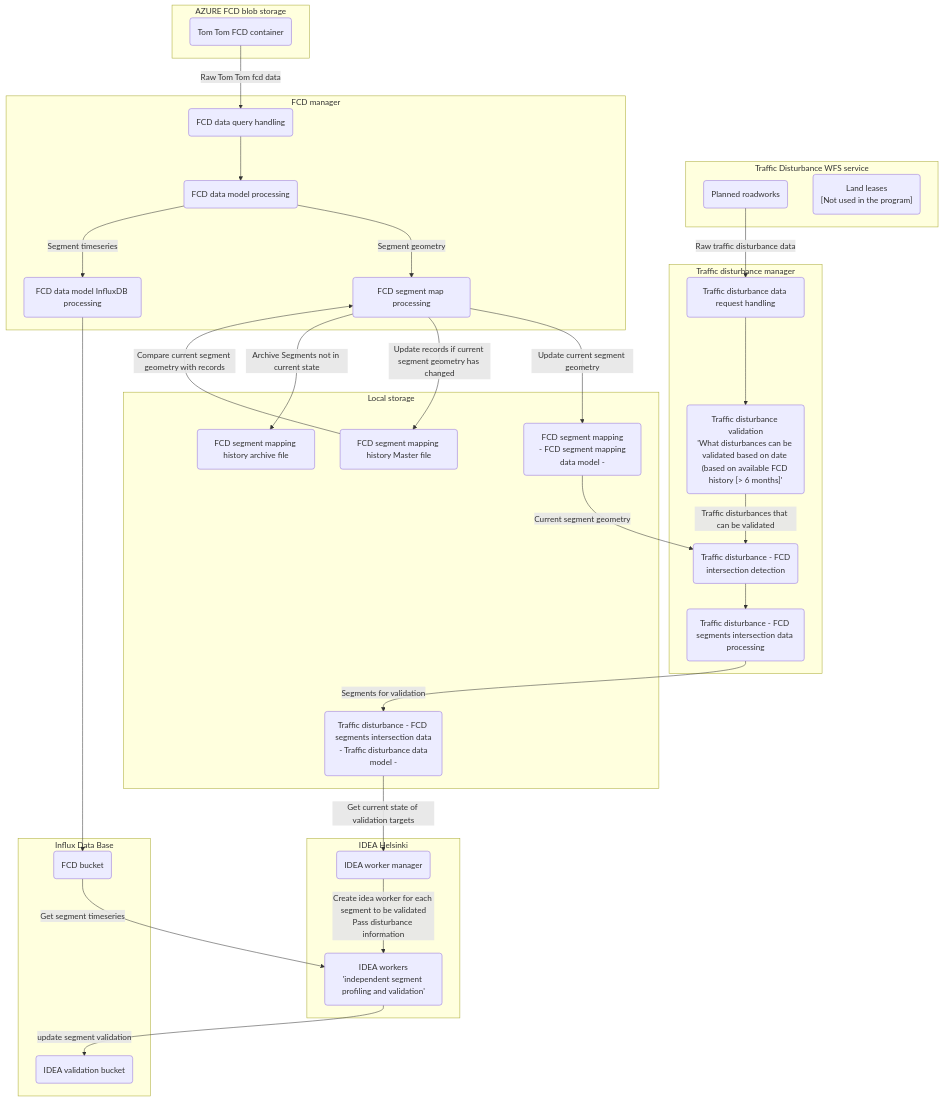
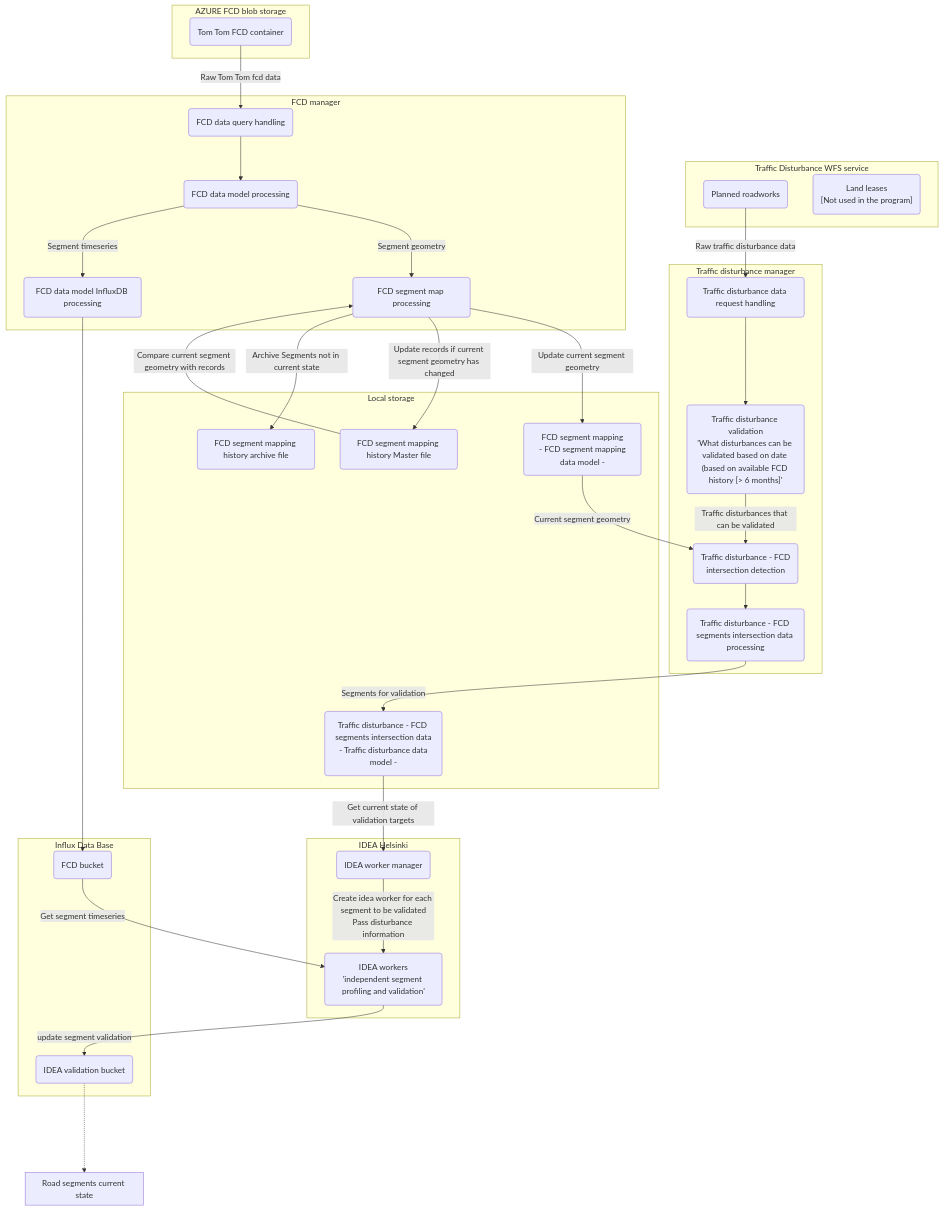
Before and after one commit to ForumViriumHelsinki/IDEA-Helsinki: the diagram in docs/program_schematic.md, drawn with Mermaid.

Commit message:
Updated program process schematic.

````diff
--- a/docs/program_schematic.md
+++ b/docs/program_schematic.md
@@ -1,69 +1,76 @@
 ```mermaid
 graph
     subgraph azureStorage["AZURE FCD blob storage"]
         TomTomBlobContainer("Tom Tom FCD container"):::db_bucket
     end
     
     subgraph TrafficDisturbanceWFS["Traffic Disturbance WFS service"]
         RoadWorks("Planned roadworks")
         LandLeases("Land leases<br>[Not used in the program]")
     end
     
     subgraph DisturbanceManager["Traffic disturbance manager"]
         TrafficDisturbanceDataRequest("Traffic disturbance data request handling")
         TrafficDisturbanceValidation("Traffic disturbance validation<br>'What disturbances can be validated based on date <br>(based on available FCD history [> 6 months]'")
         IntersectionDetection("Traffic disturbance - FCD<br>intersection detection")
         TrafficDisturbanceFCDDataProcessing("Traffic disturbance - FCD segments intersection data processing")
     end
     
     subgraph FcdManager["FCD manager"]
         FcdDataRequest("FCD data query handling")
         FcdDataModelProcessing("FCD data model processing")
         FcdDataMapProcessing("FCD segment map processing")
         FcdDataInfluxProcessing("FCD data model InfluxDB processing")
     end
     
     subgraph InfluxDB["Influx Data Base"]
         FcdBucket("FCD bucket"):::db_bucket 
         IdeaBucket("IDEA validation bucket"):::db_bucket
     end
     
     subgraph LocalStorage["Local storage"]
         FcdMapping("FCD segment mapping<br> - FCD segment mapping data model -"):::local_storage
         FcdMappingMasterHistory("FCD segment mapping history Master file"):::local_storage
         FcdMappingArchiveHistory("FCD segment mapping history archive file"):::local_storage 
         TrafficDisturbanceFCDData("Traffic disturbance - FCD segments intersection data<br> - Traffic disturbance data model -"):::local_storage
     end
     
     subgraph IdeaHelsinki["IDEA Helsinki"]
         IdeaManager("IDEA worker manager"):::idea_manager
         IdeaWorker("IDEA workers<br>'independent segment profiling and validation'"):::idea_worker
     end
     
+    subgraph RoadSegmentState["Road segments current state"]
+        
+    end
+    
+    
     %% FCD processing
     TomTomBlobContainer -- "Raw Tom Tom fcd data" --> FcdDataRequest
     FcdDataRequest --> FcdDataModelProcessing
     FcdDataModelProcessing -- "Segment geometry" --> FcdDataMapProcessing
     FcdDataMapProcessing -- "Update current segment geometry" --> FcdMapping
     FcdMappingMasterHistory -- "Compare current segment geometry with records" --> FcdDataMapProcessing
     FcdDataMapProcessing -- "Update records if current segment geometry has changed" --> FcdMappingMasterHistory 
     FcdDataMapProcessing  --"Archive Segments not in current state" --> FcdMappingArchiveHistory
     
     FcdDataModelProcessing -- "Segment timeseries" --> FcdDataInfluxProcessing
     FcdDataInfluxProcessing --> FcdBucket
     
     %% Traffic disturbance processing
     RoadWorks -- "Raw traffic disturbance data" --> TrafficDisturbanceDataRequest
     TrafficDisturbanceDataRequest --> TrafficDisturbanceValidation
     TrafficDisturbanceValidation -- "Traffic disturbances that can be validated" -->IntersectionDetection
     FcdMapping -- "Current segment geometry" --> IntersectionDetection
     IntersectionDetection --> TrafficDisturbanceFCDDataProcessing
     TrafficDisturbanceFCDDataProcessing -- "Segments for validation" --> TrafficDisturbanceFCDData
     
     %% Idea processing
     TrafficDisturbanceFCDData -- "Get current state of validation targets" --> IdeaManager
     IdeaManager --"Create idea worker for each segment to be validated<br>Pass disturbance information" --> IdeaWorker
     FcdBucket -- "Get segment timeseries" --> IdeaWorker
     IdeaWorker --"update segment validation" --> IdeaBucket
     
+    IdeaBucket -...-> RoadSegmentState
+    
 ``` 
````
